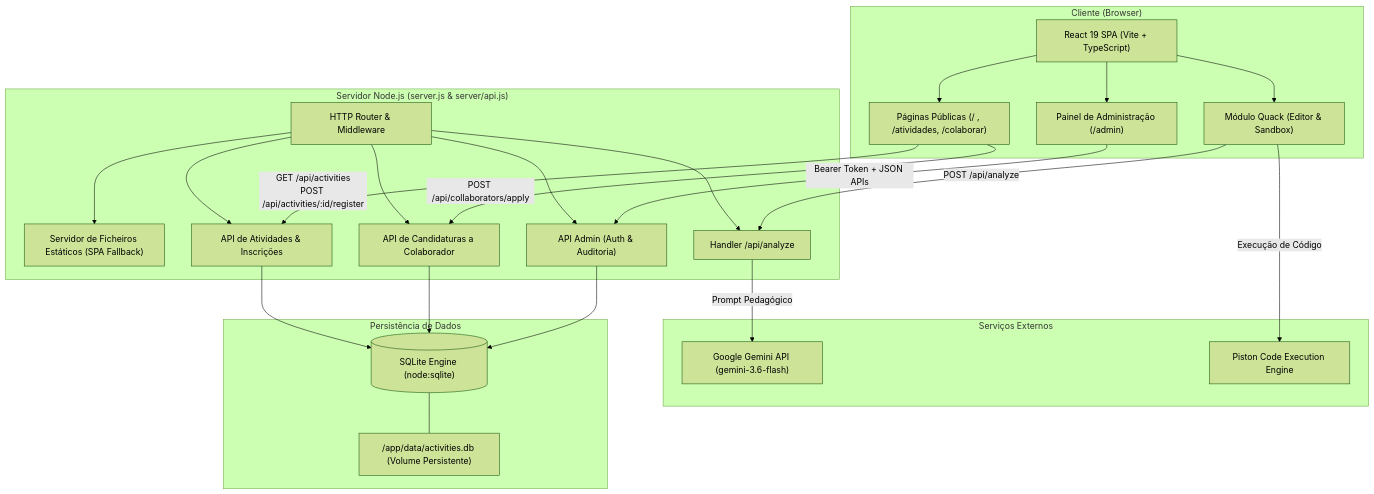
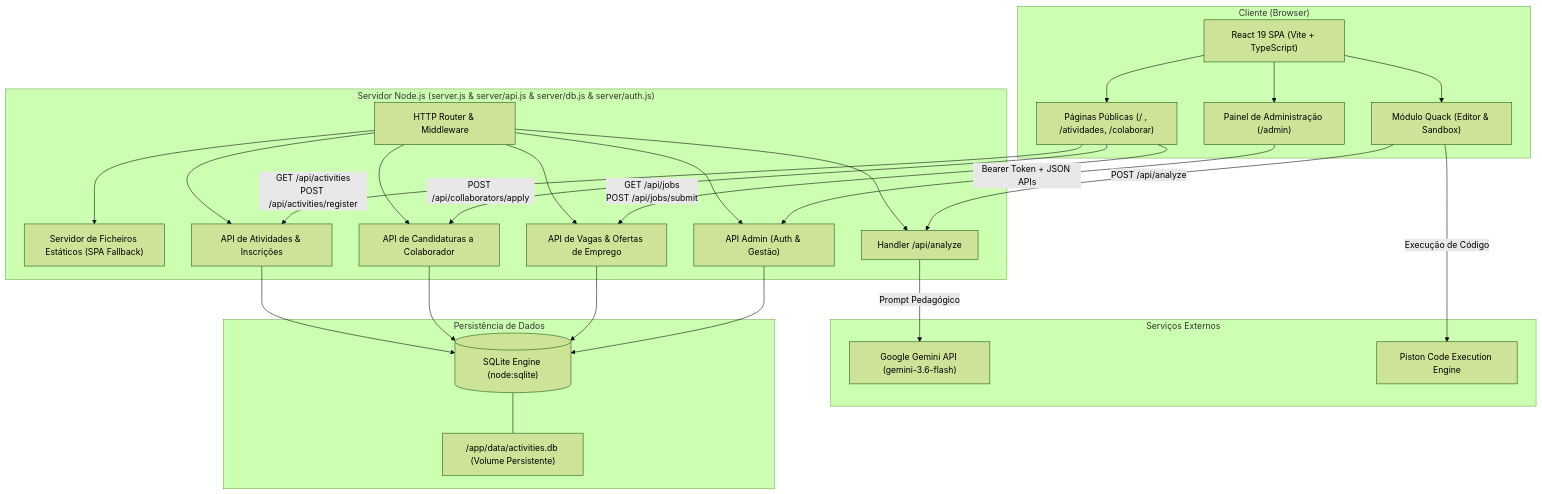
The first of 3 diagrams in README.md (neei-aaualg/siteneei), drawn with Mermaid (forest theme) before and after one commit. The commit also changed other lines of this file and 2 other files, not shown here.

````diff
--- a/README.md
+++ b/README.md
@@ -84,49 +84,53 @@
 ```mermaid
 flowchart TB
     subgraph Client["Cliente (Browser)"]
         SPA["React 19 SPA (Vite + TypeScript)"]
         UI_Home["Páginas Públicas (/ , /atividades, /colaborar)"]
         UI_Quack["Módulo Quack (Editor & Sandbox)"]
         UI_Admin["Painel de Administração (/admin)"]
         SPA --> UI_Home
         SPA --> UI_Quack
         SPA --> UI_Admin
     end
 
-    subgraph Server["Servidor Node.js (server.js & server/api.js)"]
+    subgraph Server["Servidor Node.js (server.js & server/api.js & server/db.js & server/auth.js)"]
         HTTP["HTTP Router & Middleware"]
         Static["Servidor de Ficheiros Estáticos (SPA Fallback)"]
         API_Act["API de Atividades & Inscrições"]
         API_Collab["API de Candidaturas a Colaborador"]
-        API_Admin["API Admin (Auth & Auditoria)"]
+        API_Jobs["API de Vagas & Ofertas de Emprego"]
+        API_Admin["API Admin (Auth & Gestão)"]
         API_Quack["Handler /api/analyze"]
 
         HTTP --> Static
         HTTP --> API_Act
         HTTP --> API_Collab
+        HTTP --> API_Jobs
         HTTP --> API_Admin
         HTTP --> API_Quack
     end
 
     subgraph External["Serviços Externos"]
         Gemini["Google Gemini API (gemini-3.6-flash)"]
         Piston["Piston Code Execution Engine"]
     end
 
     subgraph Storage["Persistência de Dados"]
         SQLite[("SQLite Engine (node:sqlite)")]
         DB_File["/app/data/activities.db (Volume Persistente)"]
         SQLite --- DB_File
     end
 
-    UI_Home -- "GET /api/activities\nPOST /api/activities/:id/register" --> API_Act
+    UI_Home -- "GET /api/activities\nPOST /api/activities/register" --> API_Act
     UI_Home -- "POST /api/collaborators/apply" --> API_Collab
+    UI_Home -- "GET /api/jobs\nPOST /api/jobs/submit" --> API_Jobs
     UI_Admin -- "Bearer Token + JSON APIs" --> API_Admin
     UI_Quack -- "Execução de Código" --> Piston
     UI_Quack -- "POST /api/analyze" --> API_Quack
     API_Quack -- "Prompt Pedagógico" --> Gemini
 
     API_Act --> SQLite
     API_Collab --> SQLite
+    API_Jobs --> SQLite
     API_Admin --> SQLite
 ```
````
